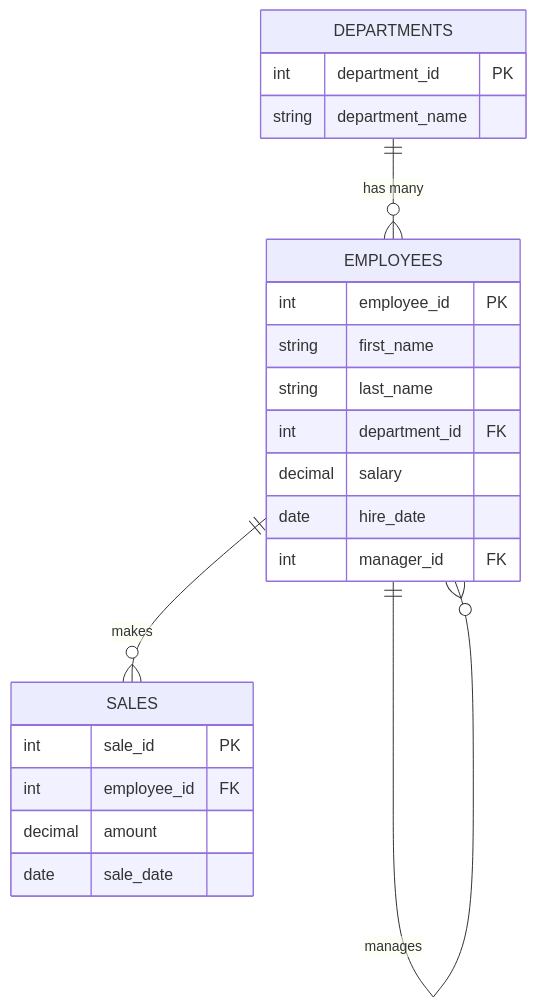
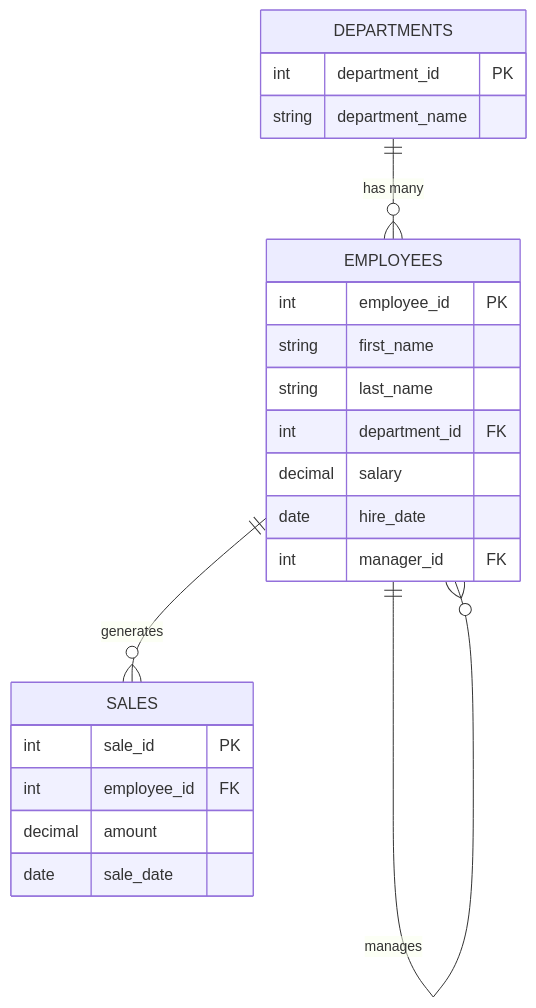
One commit to LeopoldoIII/sql-interview-lab changed the first of 2 diagrams in README.md. Above: the diagram before and after it, drawn with Mermaid. The commit also changed other lines of this file and 7 other files, not shown here.

Commit message:
feat: add comprehensive database study guides, initialization schemas, and update README documentation

````diff
--- a/README.md
+++ b/README.md
@@ -101,28 +96,28 @@
 ```mermaid
 erDiagram
     DEPARTMENTS ||--o{ EMPLOYEES : "has many"
-    EMPLOYEES ||--o{ SALES : "makes"
+    EMPLOYEES ||--o{ SALES : "generates"
     EMPLOYEES ||--o{ EMPLOYEES : "manages"
 
     DEPARTMENTS {
         int department_id PK
         string department_name
     }
 
     EMPLOYEES {
         int employee_id PK
         string first_name
         string last_name
         int department_id FK
         decimal salary
         date hire_date
         int manager_id FK
     }
 
     SALES {
         int sale_id PK
         int employee_id FK
         decimal amount
         date sale_date
     }
 ```
````
